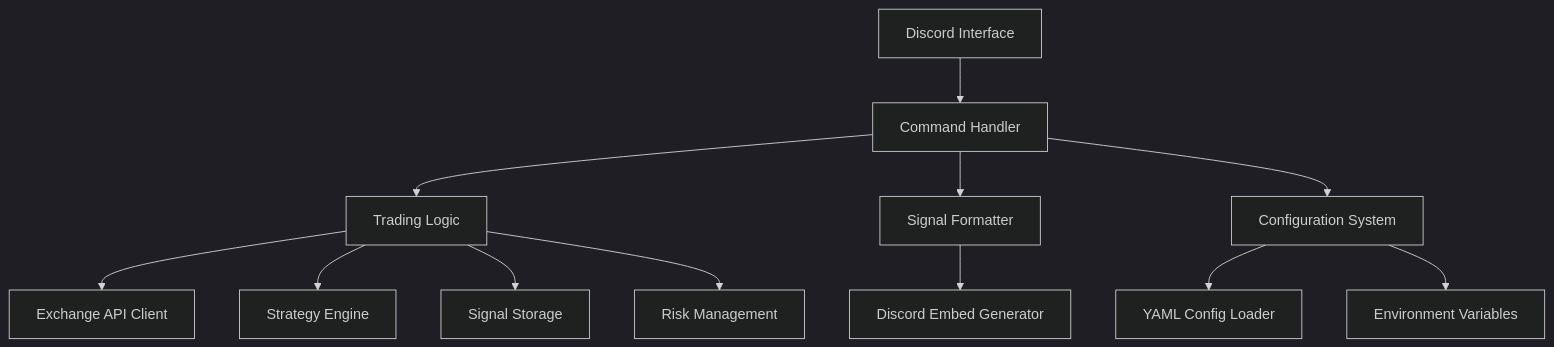
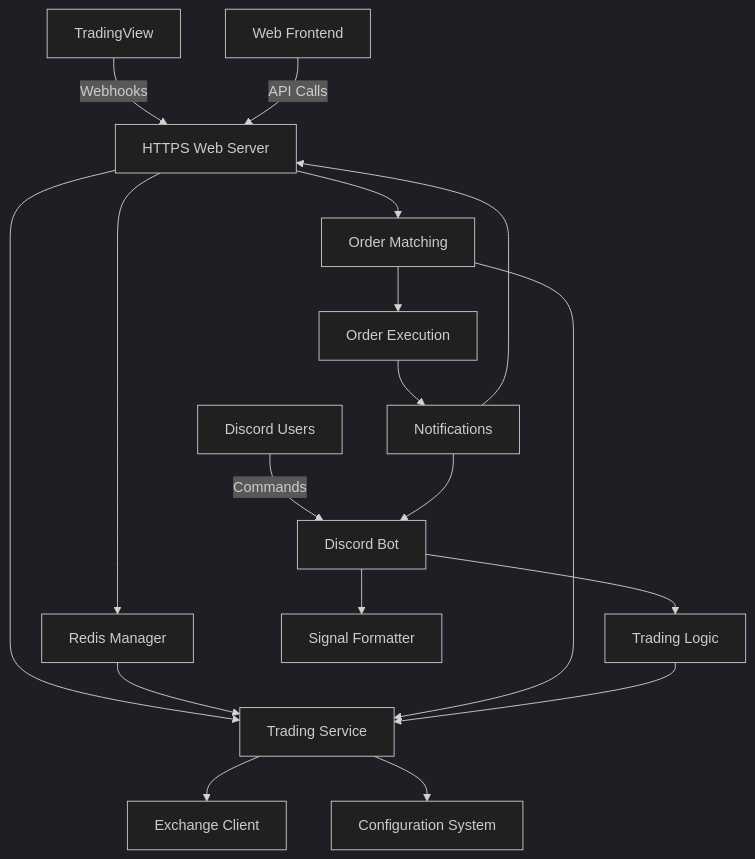
The diagram in memory-bank/systemPatterns.md (ReinaMacCredy/trading_bot), drawn with Mermaid (dark theme) before and after one commit. The commit also changed other lines of this file and 36 other files, not shown here.

Commit message:
feat: implement web server with Docker setup, API models, and Discord command integration

````diff
--- a/memory-bank/systemPatterns.md
+++ b/memory-bank/systemPatterns.md
@@ -14,14 +14,27 @@
 ```mermaid
 flowchart TD
-    A[Discord Interface] --> B[Command Handler]
-    B --> C[Trading Logic]
-    B --> D[Signal Formatter]
-    B --> E[Configuration System]
-    C --> F[Exchange API Client]
-    C --> G[Strategy Engine]
-    C --> H[Signal Storage]
-    C --> I[Risk Management]
-    D --> J[Discord Embed Generator]
-    E --> K[YAML Config Loader]
-    E --> L[Environment Variables]
+    %% External Systems
+    TV[TradingView] -->|Webhooks| WS[HTTPS Web Server]
+    WF[Web Frontend] -->|API Calls| WS
+    DC[Discord Users] -->|Commands| DB[Discord Bot]
+    
+    %% Core Systems
+    WS --> RM[Redis Manager]
+    WS --> OM[Order Matching]
+    WS --> TS[Trading Service]
+    DB --> TL[Trading Logic]
+    DB --> SF[Signal Formatter]
+    
+    %% Shared Components
+    RM --> TS
+    OM --> TS
+    TL --> TS
+    TS --> EC[Exchange Client]
+    TS --> CS[Configuration System]
+    
+    %% Data Flow
+    OM --> OE[Order Execution]
+    OE --> NT[Notifications]
+    NT --> DB
+    NT --> WS
 ```
````
